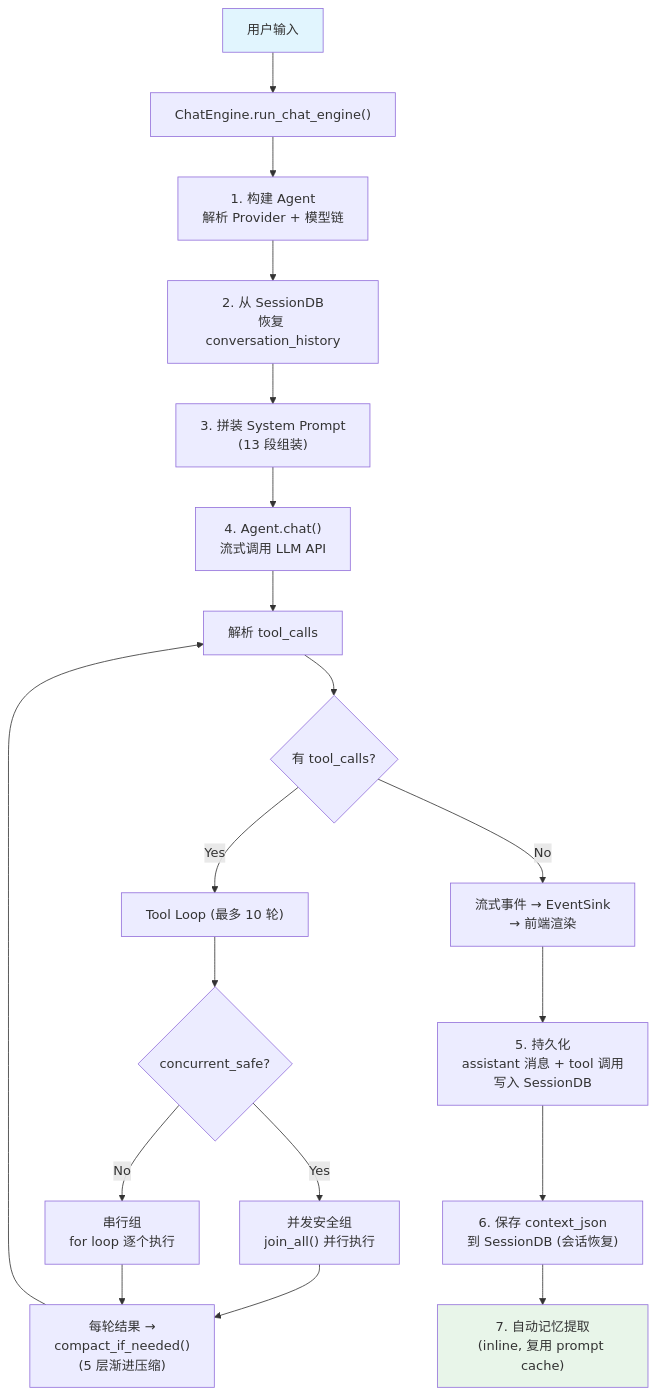
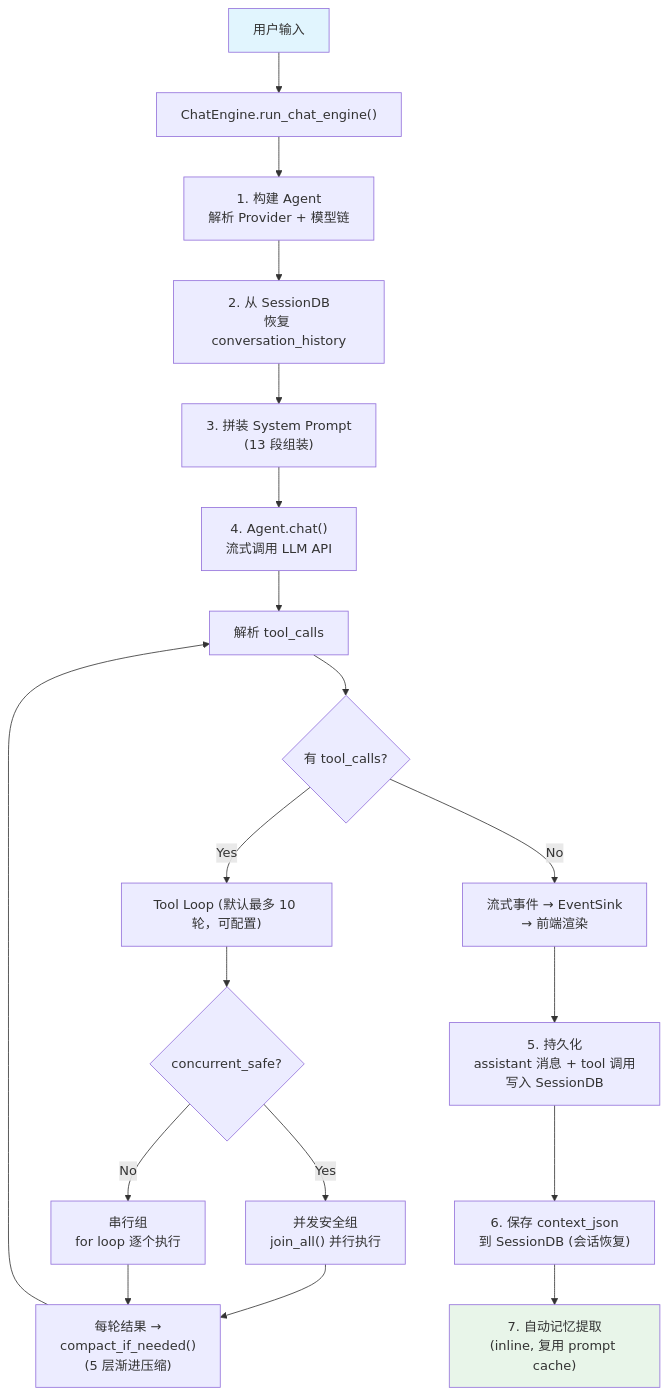
The second of 4 diagrams in docs/architecture/overview.md (shiwenwen/hope-agent), drawn with Mermaid before and after one commit. The commit also changed 1 other file, not shown here.

Commit message:
docs: update architecture overview and remove obsolete backend separation design specification

````diff
--- a/docs/architecture/overview.md
+++ b/docs/architecture/overview.md
@@ -84,26 +84,26 @@
 ```mermaid
 flowchart TD
     A["用户输入"] --> B["ChatEngine.run_chat_engine()"]
     B --> C["1. 构建 Agent<br/>解析 Provider + 模型链"]
     C --> D["2. 从 SessionDB<br/>恢复 conversation_history"]
     D --> E["3. 拼装 System Prompt<br/>(13 段组装)"]
     E --> F["4. Agent.chat()<br/>流式调用 LLM API"]
 
     F --> G["解析 tool_calls"]
     G --> H{"有 tool_calls?"}
-    H -- Yes --> I["Tool Loop (最多 10 轮)"]
+    H -- Yes --> I["Tool Loop (默认最多 10 轮，可配置)"]
     I --> J{"concurrent_safe?"}
     J -- Yes --> K["并发安全组<br/>join_all() 并行执行"]
     J -- No --> L["串行组<br/>for loop 逐个执行"]
     K --> M["每轮结果 →<br/>compact_if_needed()<br/>(5 层渐进压缩)"]
     L --> M
     M --> G
 
     H -- No --> N["流式事件 → EventSink<br/>→ 前端渲染"]
     N --> O["5. 持久化<br/>assistant 消息 + tool 调用<br/>写入 SessionDB"]
     O --> P["6. 保存 context_json<br/>到 SessionDB (会话恢复)"]
     P --> Q["7. 自动记忆提取<br/>(inline, 复用 prompt cache)"]
 
     style A fill:#e1f5fe
     style Q fill:#e8f5e9
 ```
````
